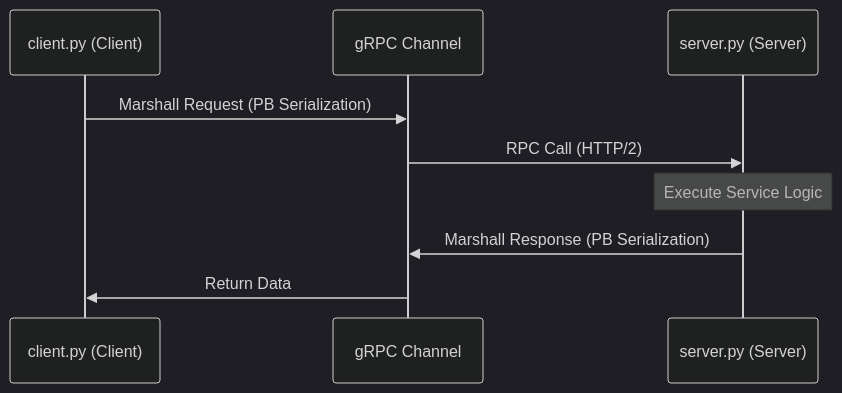
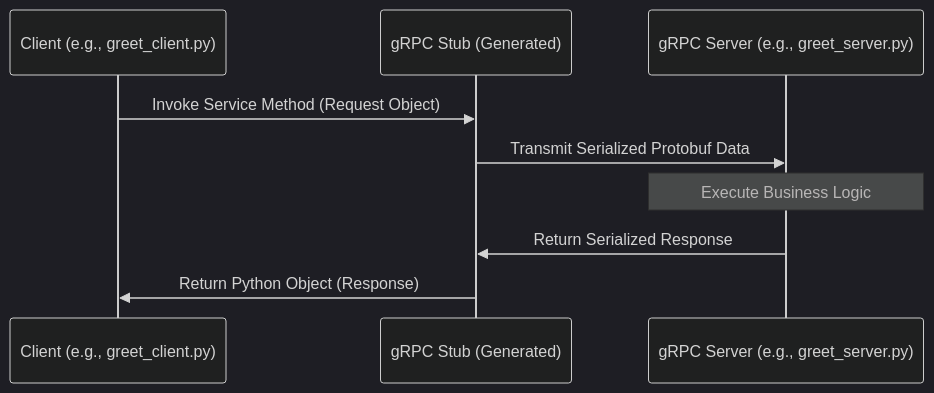
The second of 2 diagrams in README_ARCH.md (YusuffBulbul/GRPC_calisma), drawn with Mermaid (dark theme) before and after one commit. The commit also changed other lines of this file, not shown here.

````diff
--- a/README_ARCH.md
+++ b/README_ARCH.md
@@ -62,13 +52,13 @@
 ```mermaid
 sequenceDiagram
-    participant C as client.py (Client)
-    participant G as gRPC Channel
-    participant S as server.py (Server)
+    participant C as Client (e.g., greet_client.py)
+    participant ST as gRPC Stub (Generated)
+    participant S as gRPC Server (e.g., greet_server.py)
 
-    C->>G: Marshall Request (PB Serialization)
-    G->>S: RPC Call (HTTP/2)
-    Note over S: Execute Service Logic
-    S->>G: Marshall Response (PB Serialization)
-    G->>C: Return Data
+    C->>ST: Invoke Service Method (Request Object)
+    ST->>S: Transmit Serialized Protobuf Data
+    Note over S: Execute Business Logic
+    S->>ST: Return Serialized Response
+    ST->>C: Return Python Object (Response)
 
 ```
````
